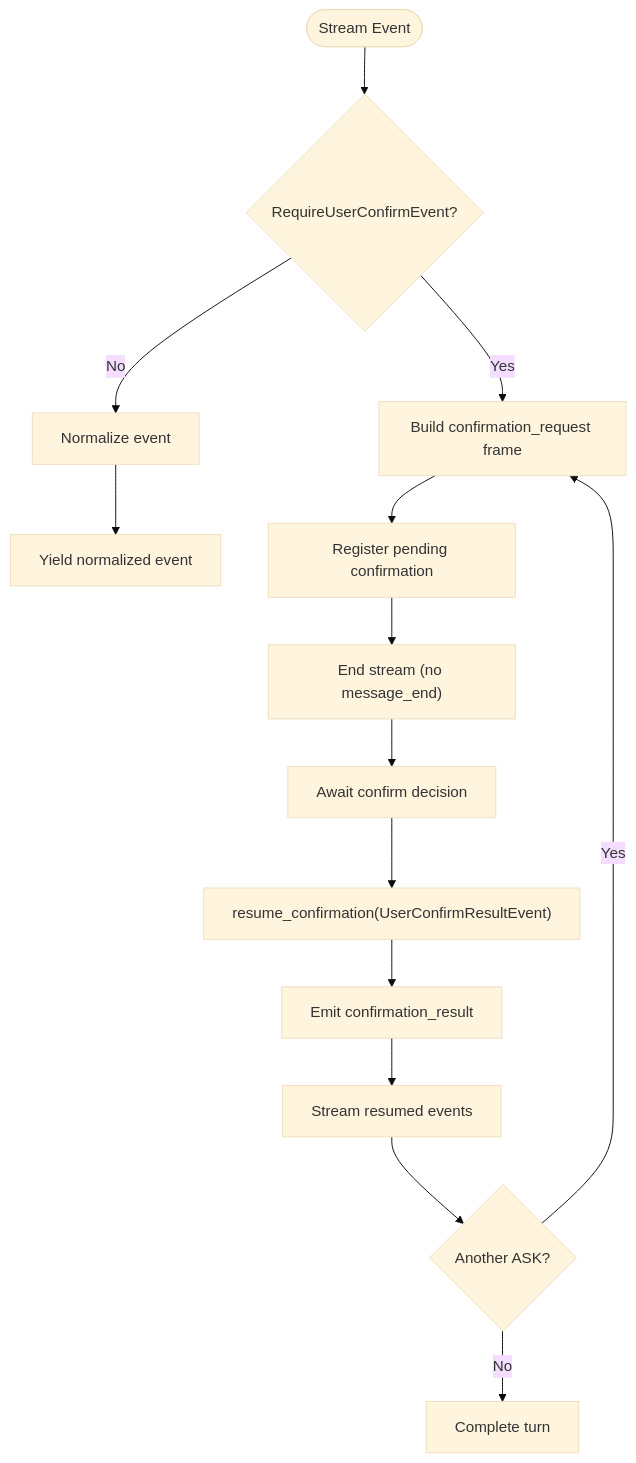
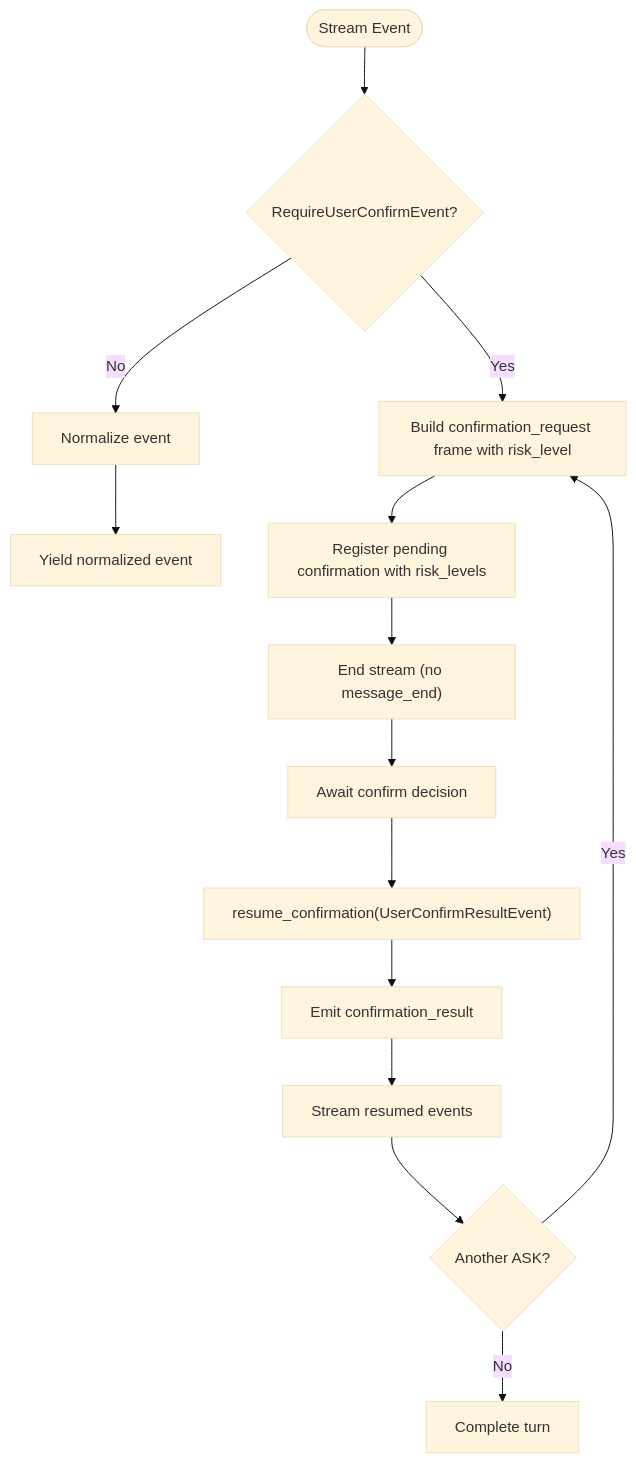
Before and after one commit to metasync/luban-aiops: the fourth of 9 diagrams in .qoder/repowiki/en/content/Agent Platform Service/HITL Confirmation Bridging (SPEC-020).md, drawn with Mermaid (base theme). The commit also changed other lines of this file and 43 other files, not shown here.

````diff
--- a/.qoder/repowiki/en/content/Agent Platform Service/HITL Confirmation Bridging (SPEC-020).md
+++ b/.qoder/repowiki/en/content/Agent Platform Service/HITL Confirmation Bridging (SPEC-020).md
@@ -203,16 +235,16 @@
 ```mermaid
 flowchart TD
 Start(["Stream Event"]) --> CheckASK{"RequireUserConfirmEvent?"}
 CheckASK -- No --> Normalize["Normalize event"]
 Normalize --> Yield["Yield normalized event"]
-CheckASK -- Yes --> BuildFrame["Build confirmation_request frame"]
-BuildFrame --> Register["Register pending confirmation"]
+CheckASK -- Yes --> BuildFrame["Build confirmation_request frame with risk_level"]
+BuildFrame --> Register["Register pending confirmation with risk_levels"]
 Register --> EndStream["End stream (no message_end)"]
 EndStream --> WaitDecision["Await confirm decision"]
 WaitDecision --> Resume["resume_confirmation(UserConfirmResultEvent)"]
 Resume --> ResultFrame["Emit confirmation_result"]
 ResultFrame --> ContinueStream["Stream resumed events"]
 ContinueStream --> ChainedASK{"Another ASK?"}
 ChainedASK -- Yes --> BuildFrame
 ChainedASK -- No --> Complete["Complete turn"]
 ```
````
